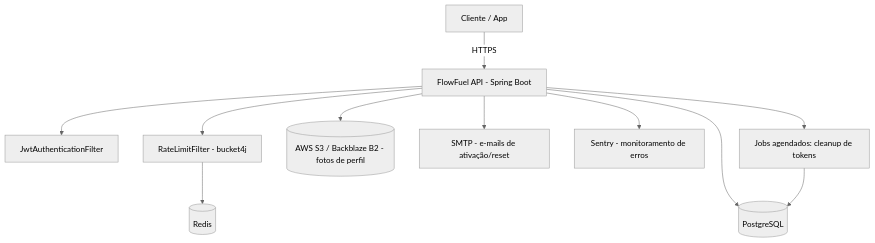
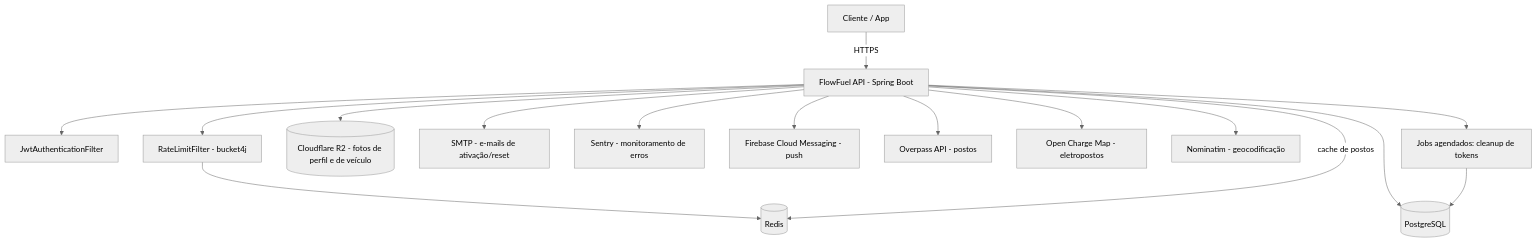
The diagram in docs/README.md (Rochafelip/flow-fuel-api), drawn with Mermaid (neutral theme) before and after one commit. The commit also changed other lines of this file and 11 other files, not shown here.

````diff
--- a/docs/README.md
+++ b/docs/README.md
@@ -11,13 +11,18 @@
 ```mermaid
 flowchart TB
     Client[Cliente / App] -->|HTTPS| API[FlowFuel API - Spring Boot]
     API --> JwtFilter[JwtAuthenticationFilter]
     API --> RateLimit[RateLimitFilter - bucket4j]
     RateLimit --> Redis[(Redis)]
     API --> DB[(PostgreSQL)]
-    API --> S3[(AWS S3 / Backblaze B2 - fotos de perfil)]
+    API --> R2[(Cloudflare R2 - fotos de perfil e de veículo)]
     API --> SMTP[SMTP - e-mails de ativação/reset]
     API --> Sentry[Sentry - monitoramento de erros]
+    API --> FCM[Firebase Cloud Messaging - push]
+    API --> Overpass[Overpass API - postos]
+    API --> OCM[Open Charge Map - eletropostos]
+    API --> Nominatim[Nominatim - geocodificação]
+    API -->|cache de postos| Redis
     API --> Jobs[Jobs agendados: cleanup de tokens]
     Jobs --> DB
 ```
````
